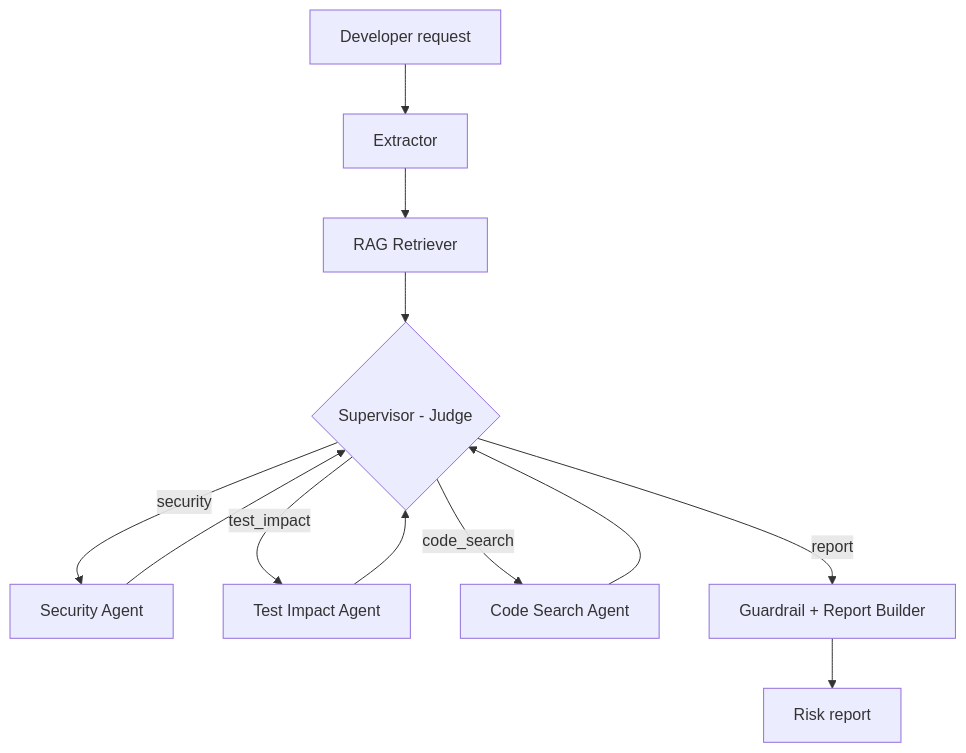
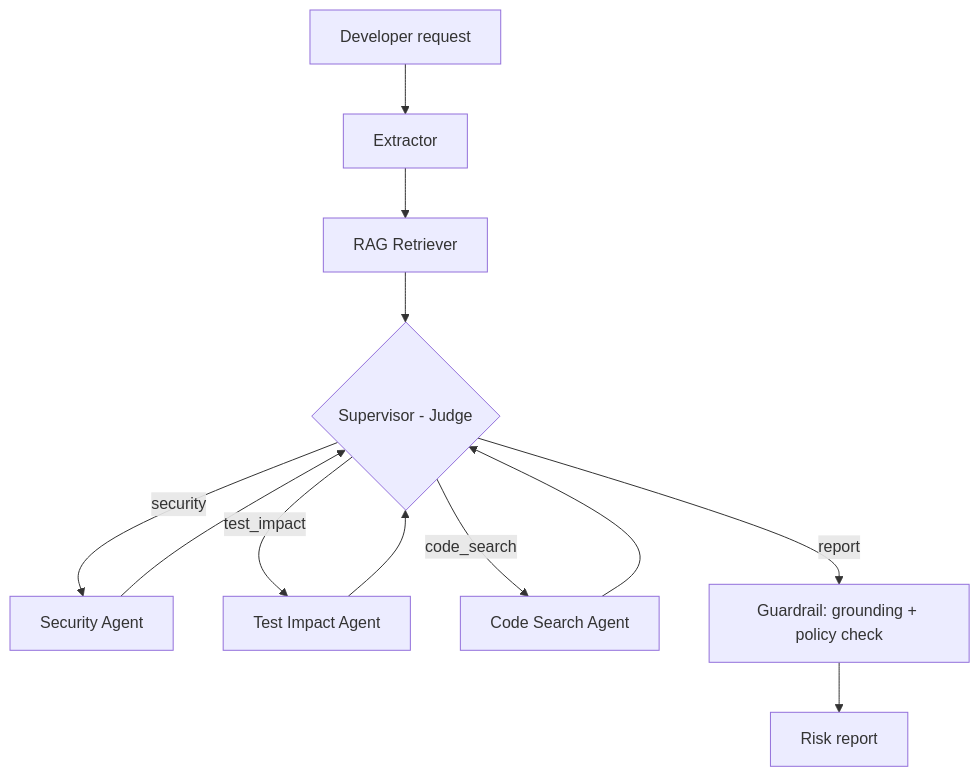
Before and after one commit to shrisha-kokku/ChangeRisk-AI: the first of 2 diagrams in README.md, drawn with Mermaid. The commit also changed other lines of this file and 20 other files, not shown here.

Commit message:
Update README with full architecture and test scenarios

````diff
--- a/README.md
+++ b/README.md
@@ -30,14 +32,14 @@
 ```mermaid
 flowchart TD
     A[Developer request] --> B[Extractor]
     B --> C[RAG Retriever]
     C --> D{Supervisor - Judge}
     D -->|security| E[Security Agent]
     D -->|test_impact| F[Test Impact Agent]
     D -->|code_search| G[Code Search Agent]
     E --> D
     F --> D
     G --> D
-    D -->|report| H[Guardrail + Report Builder]
+    D -->|report| H[Guardrail: grounding + policy check]
     H --> I[Risk report]
 ```
````
